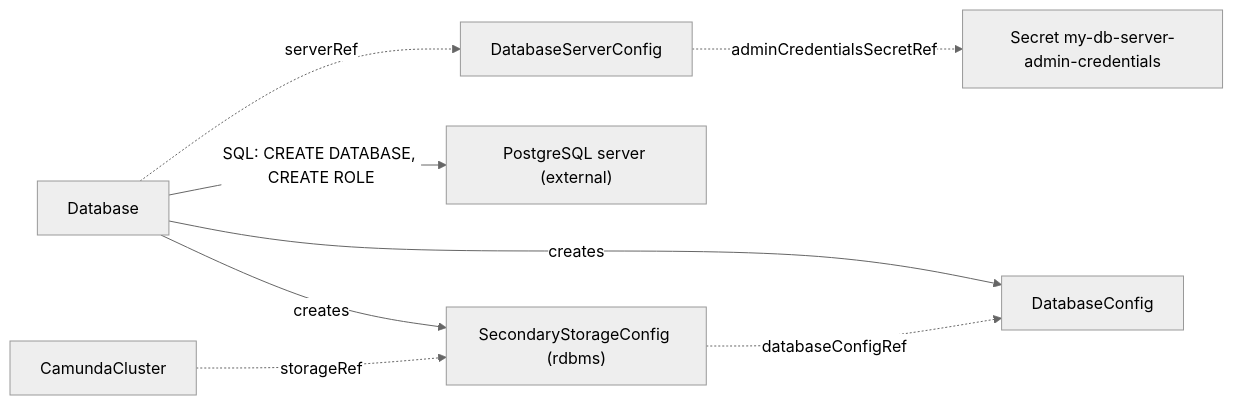
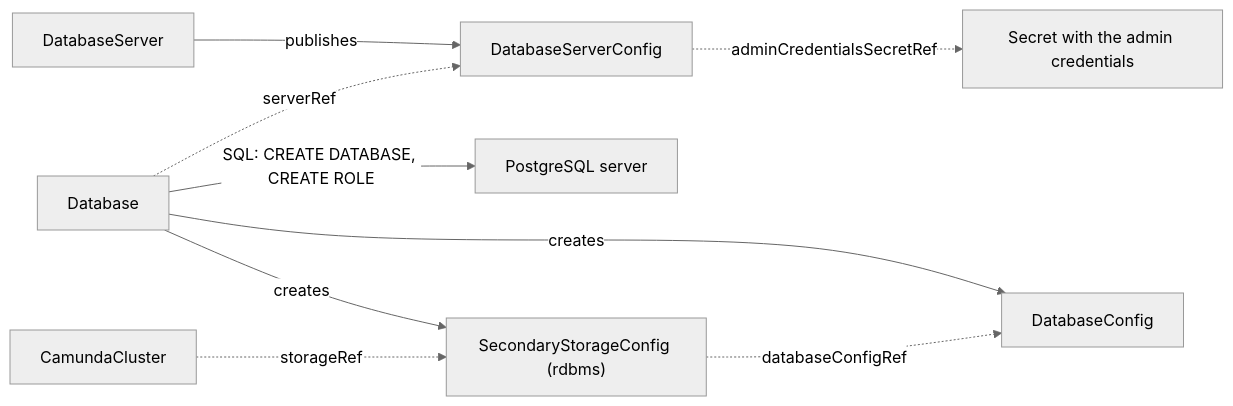
One commit to konsole-is/camunda-operator changed the second of 2 diagrams in docs/guides/secondary-storage.md. Above: the diagram before and after it, drawn with Mermaid (neutral theme). The commit also changed other lines of this file and 7 other files, not shown here.

First line of the commit message:
docs: install CloudNativePG for DatabaseServer and recommend one server per cluster (#237)

````diff
--- a/docs/guides/secondary-storage.md
+++ b/docs/guides/secondary-storage.md
@@ -204,10 +280,11 @@
 ```mermaid
 graph LR
+    DBS[DatabaseServer] -->|publishes| DBSC
     DB[Database] -.->|serverRef| DBSC[DatabaseServerConfig]
-    DBSC -.->|adminCredentialsSecretRef| ADM["Secret my-db-server-admin-credentials"]
-    DB -->|"SQL: CREATE DATABASE, CREATE ROLE"| PG["PostgreSQL server (external)"]
+    DBSC -.->|adminCredentialsSecretRef| ADM["Secret with the admin credentials"]
+    DB -->|"SQL: CREATE DATABASE, CREATE ROLE"| PG["PostgreSQL server"]
     DB -->|creates| DBC[DatabaseConfig]
     DB -->|creates| SSC["SecondaryStorageConfig (rdbms)"]
     SSC -.->|databaseConfigRef| DBC
     CC[CamundaCluster] -.->|storageRef| SSC
 ```
````
